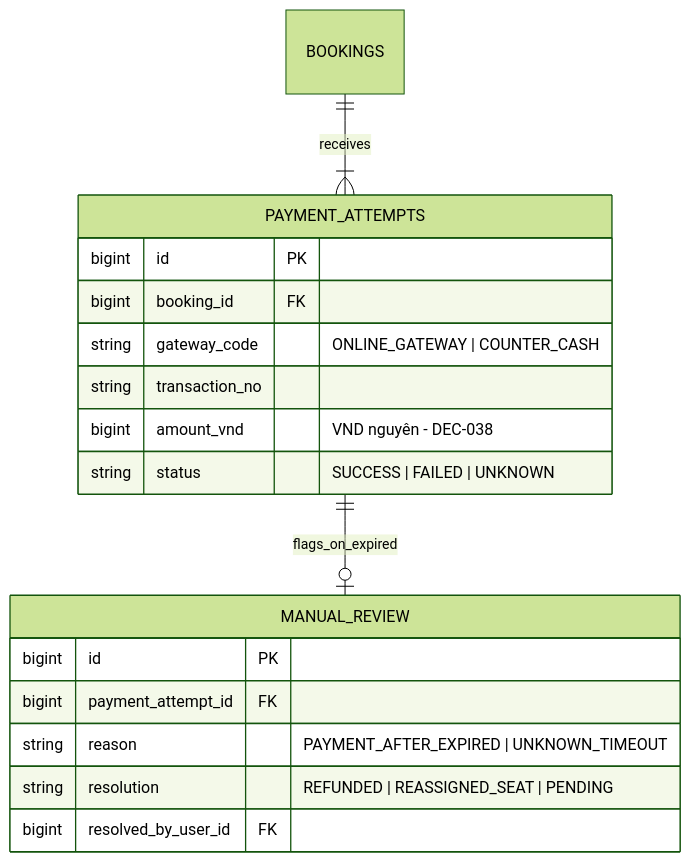
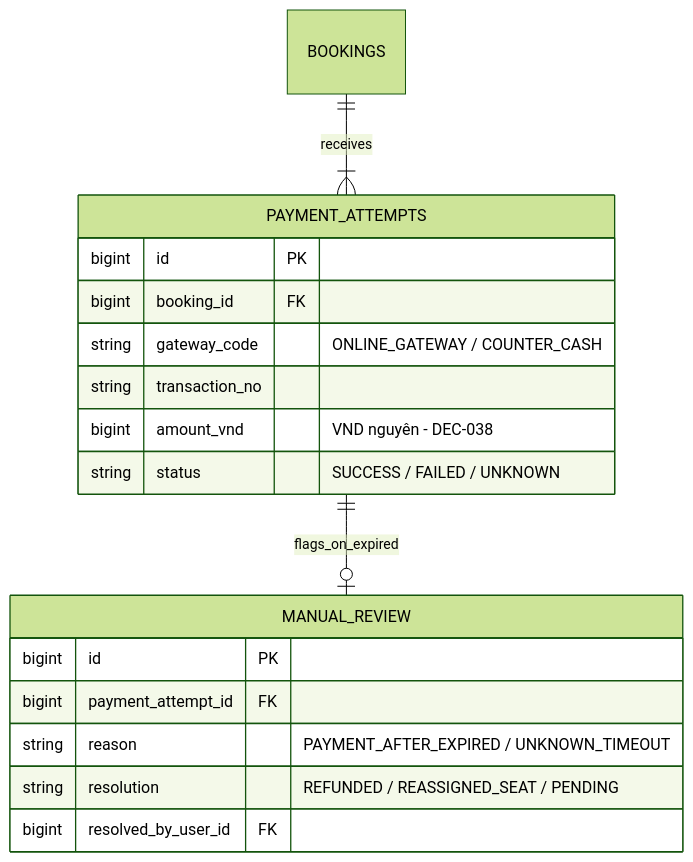
The second of 2 diagrams in content/docs/chuong-04-thanh-toan-ve-dien-tu-va-qr-checkin/01-payment-gateway-webhook-va-giao-dich-qua-han.mdx (tomone2kd000-ux/superdong-booking-system), drawn with Mermaid (forest theme) before and after one commit. The commit also changed 17 other files, not shown here.

Commit message:
fix: resolve Mermaid erDiagram syntax warnings across all MDX files

````diff
--- a/content/docs/chuong-04-thanh-toan-ve-dien-tu-va-qr-checkin/01-payment-gateway-webhook-va-giao-dich-qua-han.mdx
+++ b/content/docs/chuong-04-thanh-toan-ve-dien-tu-va-qr-checkin/01-payment-gateway-webhook-va-giao-dich-qua-han.mdx
@@ -40,22 +40,22 @@
 ```mermaid
 erDiagram
     BOOKINGS ||--|{ PAYMENT_ATTEMPTS : receives
-    PAYMENT_ATTEMPTS ||--o| MANUAL_REVIEW : flags_on_expired
+    PAYMENT_ATTEMPTS ||--o| MANUAL_REVIEW : "flags_on_expired"
 
     PAYMENT_ATTEMPTS {
         bigint id PK
         bigint booking_id FK
-        string gateway_code "ONLINE_GATEWAY | COUNTER_CASH"
+        string gateway_code "ONLINE_GATEWAY / COUNTER_CASH"
         string transaction_no
         bigint amount_vnd "VND nguyên - DEC-038"
-        string status "SUCCESS | FAILED | UNKNOWN"
+        string status "SUCCESS / FAILED / UNKNOWN"
     }
 
     MANUAL_REVIEW {
         bigint id PK
         bigint payment_attempt_id FK
-        string reason "PAYMENT_AFTER_EXPIRED | UNKNOWN_TIMEOUT"
-        string resolution "REFUNDED | REASSIGNED_SEAT | PENDING"
+        string reason "PAYMENT_AFTER_EXPIRED / UNKNOWN_TIMEOUT"
+        string resolution "REFUNDED / REASSIGNED_SEAT / PENDING"
         bigint resolved_by_user_id FK
     }
 ```
````
